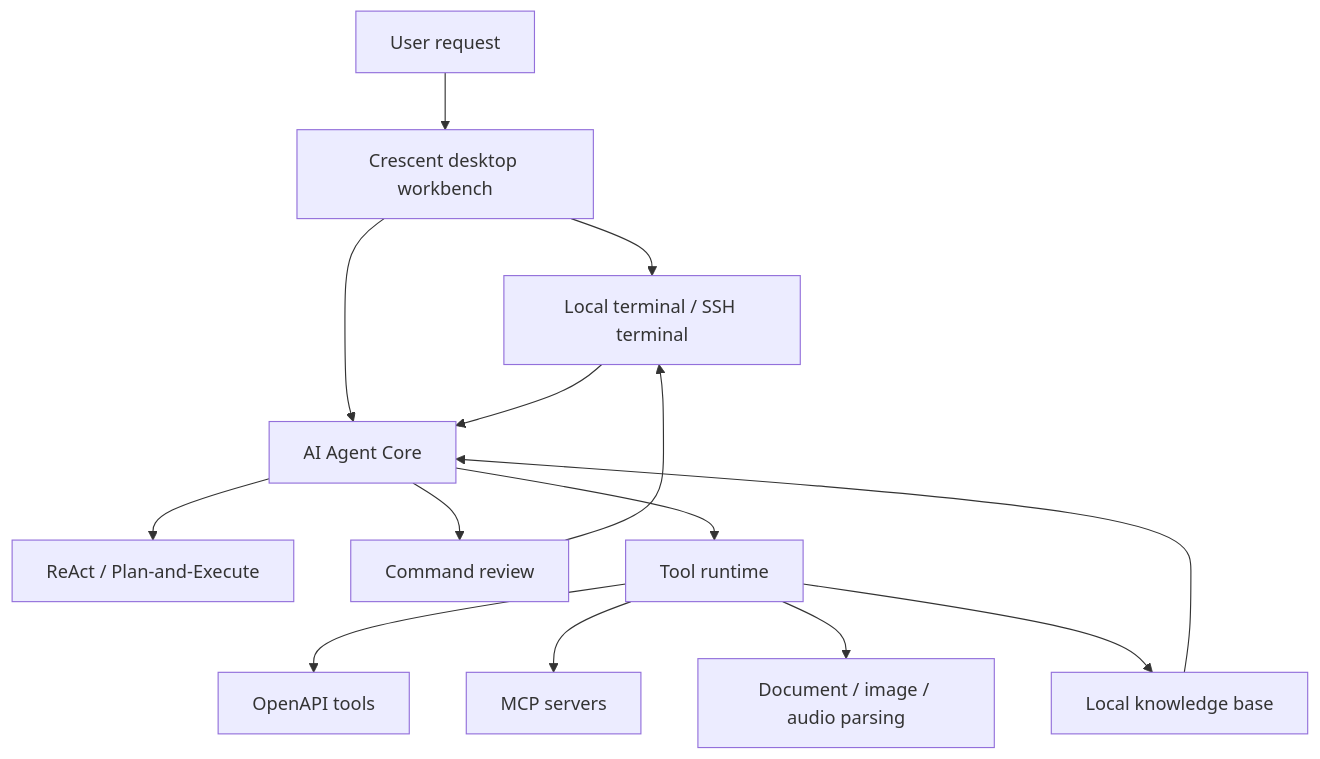
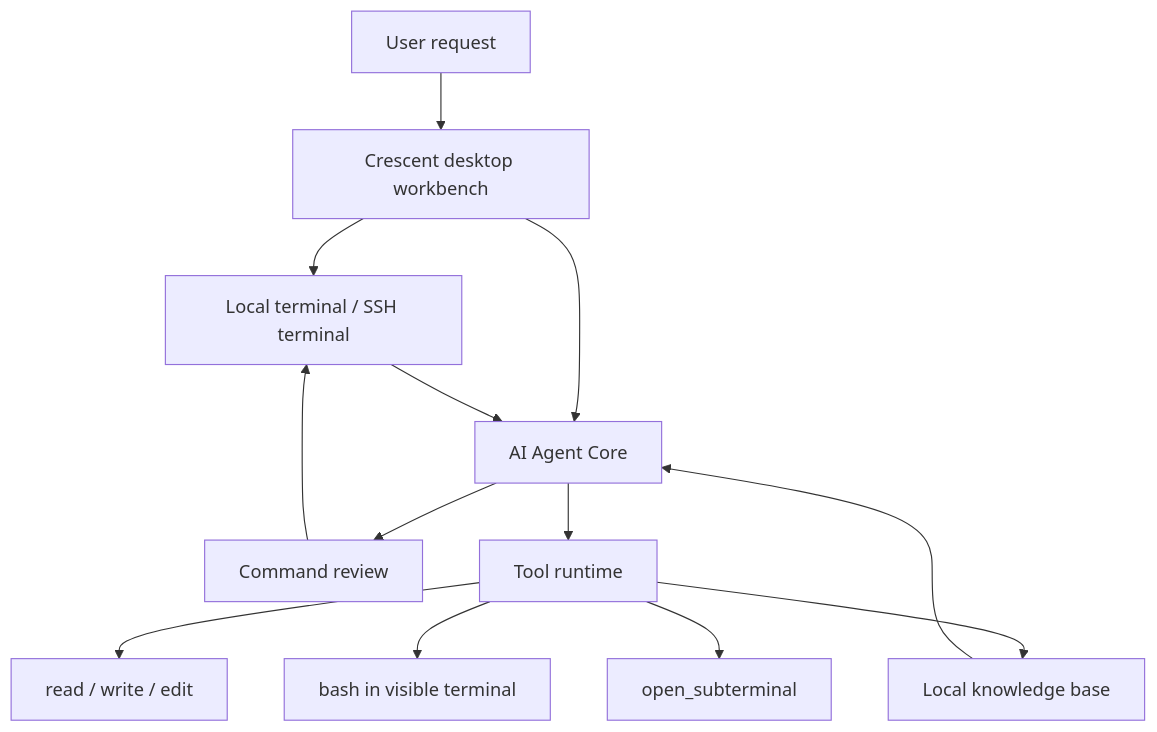
Before and after one commit to aide-family/Crescent: the diagram in README.md, drawn with Mermaid. The commit also changed other lines of this file and 45 other files, not shown here.

````diff
--- a/README.md
+++ b/README.md
@@ -89,16 +93,15 @@
 ```mermaid
 flowchart TD
   user["User request"] --> ui["Crescent desktop workbench"]
   ui --> terminal["Local terminal / SSH terminal"]
   ui --> agent["AI Agent Core"]
-  agent --> planner["ReAct / Plan-and-Execute"]
   agent --> audit["Command review"]
   audit --> terminal
   agent --> tools["Tool runtime"]
-  tools --> openapi["OpenAPI tools"]
-  tools --> mcp["MCP servers"]
-  tools --> docs["Document / image / audio parsing"]
+  tools --> files["read / write / edit"]
+  tools --> bash["bash in visible terminal"]
+  tools --> subterm["open_subterminal"]
   tools --> wiki["Local knowledge base"]
   wiki --> agent
   terminal --> agent
 ```
````
